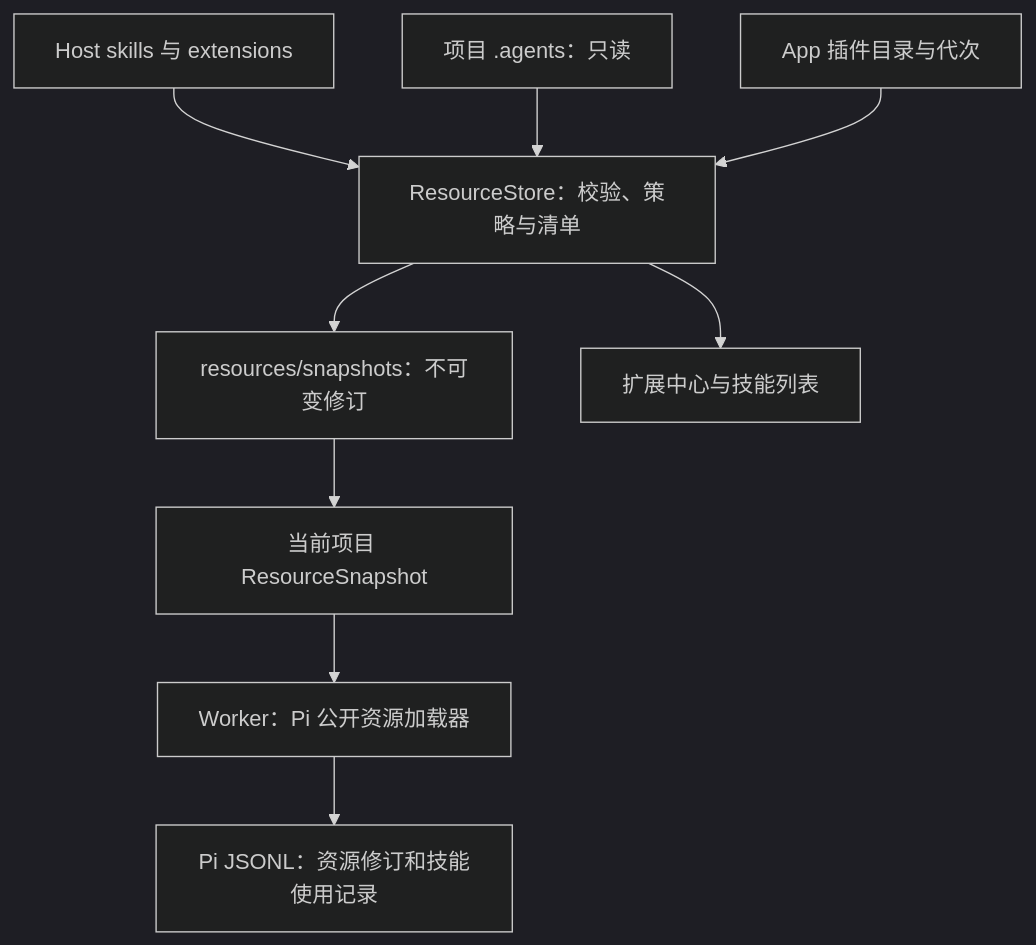
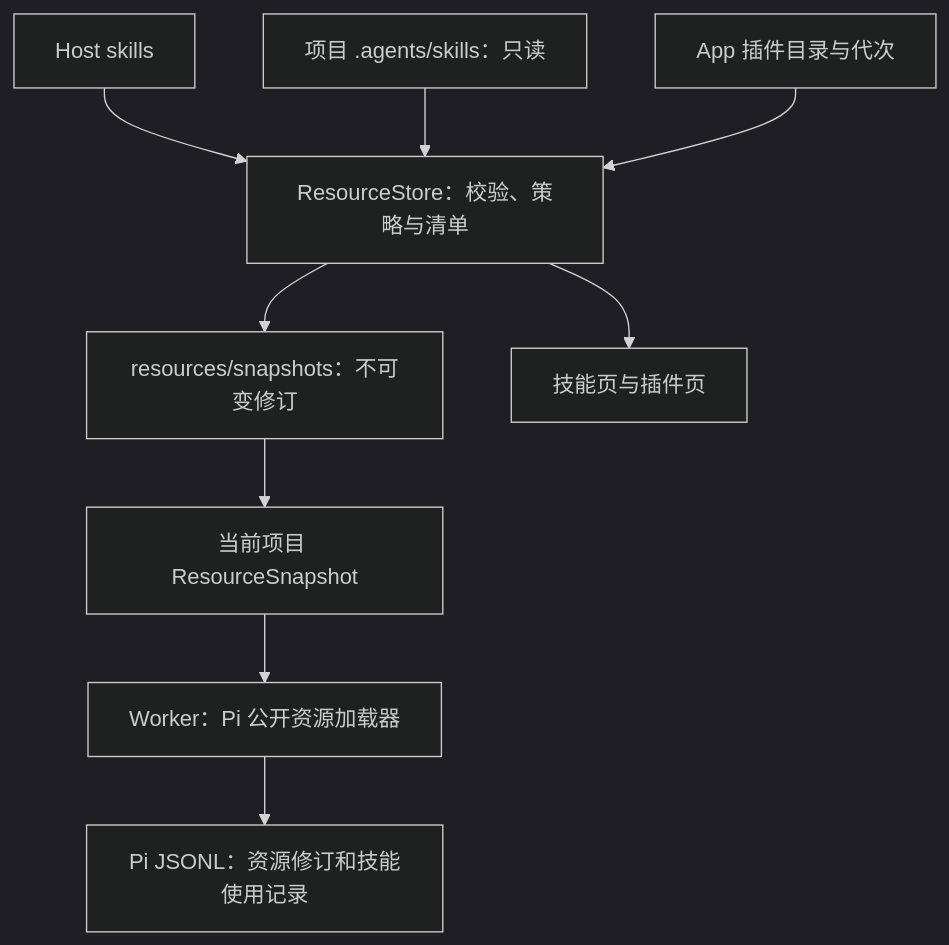
One commit to xidongdong-153/Pi-meme changed the third of 5 diagrams in docs/architecture.md. Above: the diagram before and after it, drawn with Mermaid. The commit also changed other lines of this file and 204 other files, not shown here.

````diff
--- a/docs/architecture.md
+++ b/docs/architecture.md
@@ -140,12 +146,12 @@
 ```mermaid
 %%{init: {"theme": "dark"}}%%
 flowchart TD
-  HostFiles["Host skills 与 extensions"] --> Catalog["ResourceStore：校验、策略与清单"]
-  ProjectFiles["项目 .agents：只读"] --> Catalog
+  HostFiles["Host skills"] --> Catalog["ResourceStore：校验、策略与清单"]
+  ProjectFiles["项目 .agents/skills：只读"] --> Catalog
   AppPackages["App 插件目录与代次"] --> Catalog
   Catalog --> Frozen["resources/snapshots：不可变修订"]
   Frozen --> Snapshot["当前项目 ResourceSnapshot"]
   Snapshot --> Worker["Worker：Pi 公开资源加载器"]
-  Catalog --> UI["扩展中心与技能列表"]
+  Catalog --> UI["技能页与插件页"]
   Worker --> History["Pi JSONL：资源修订和技能使用记录"]
 ```
````
